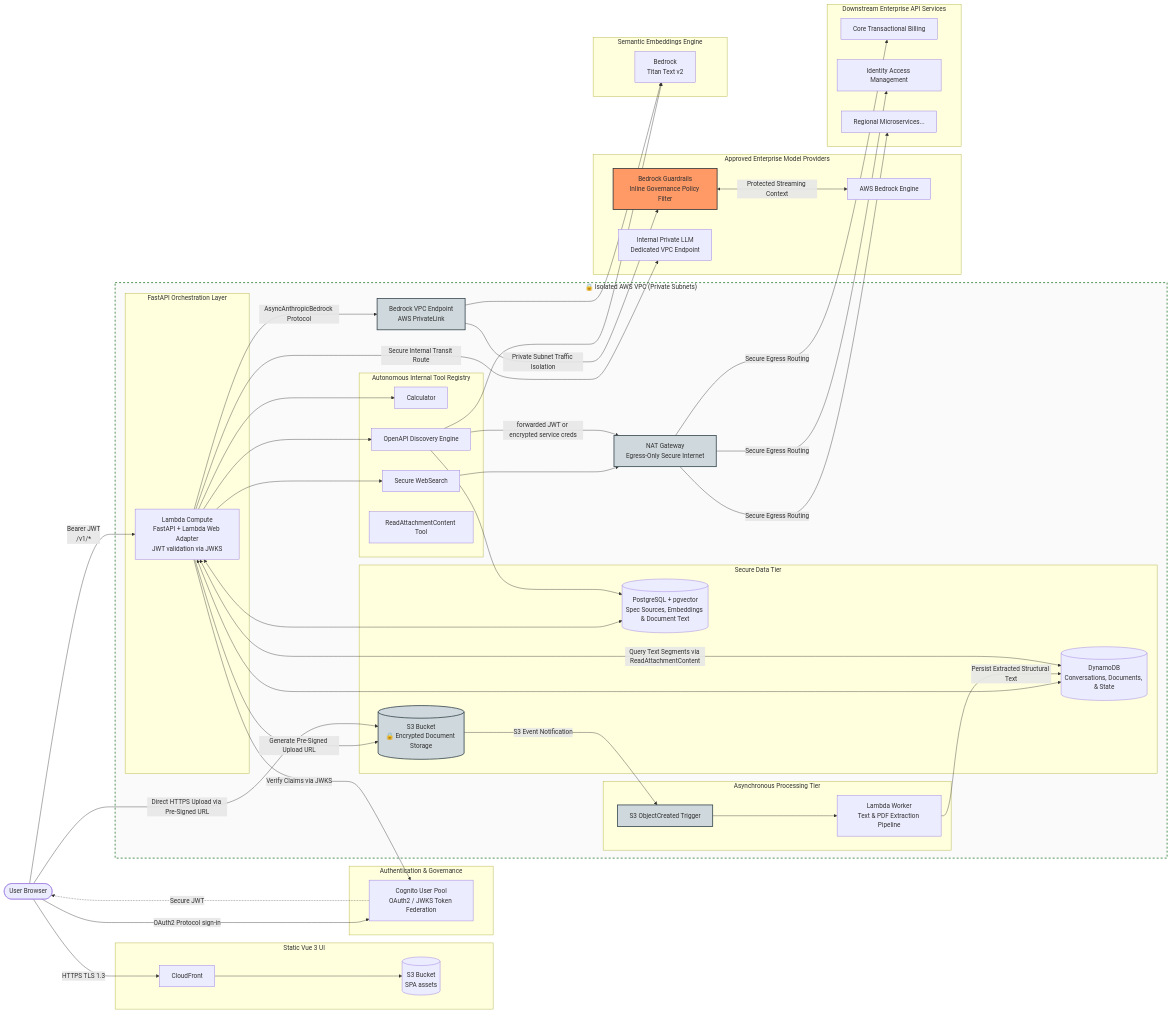
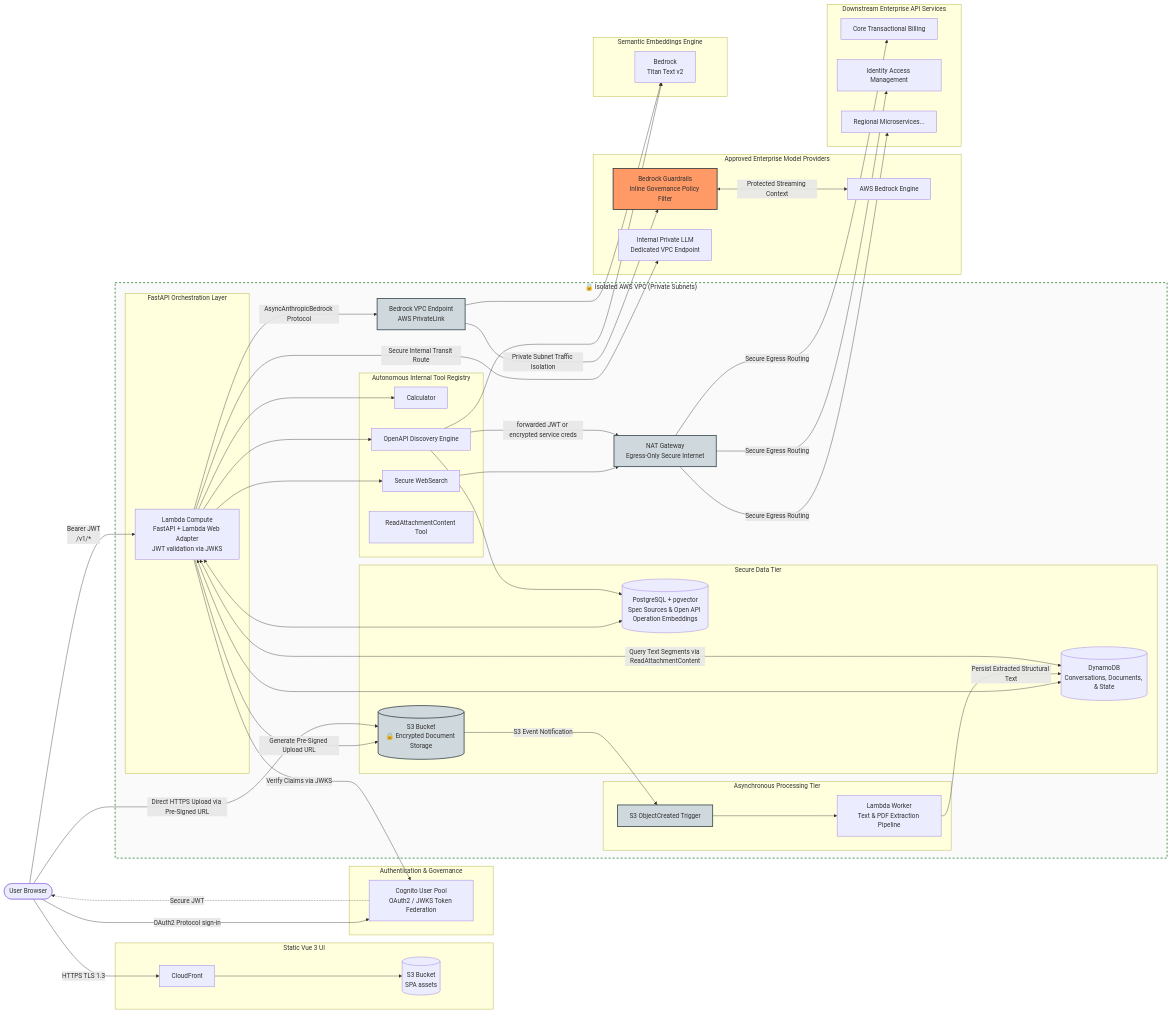
Before and after one commit to derekvasilich/lambda-chat-agent: the diagram in README.md, drawn with Mermaid.

Commit message:
Mermaid updates

```diff
--- a/README.md
+++ b/README.md
@@ -24,7 +24,7 @@
 
         subgraph Data["Secure Data Tier"]
             DDB[(DynamoDB<br/>Conversations, Documents, & State)]
-            PG[(PostgreSQL + pgvector<br/>Spec Sources, Embeddings & Document Text)]
+            PG[(PostgreSQL + pgvector<br/>Spec Sources & Open API Operation Embeddings)]
             S3_Doc[(S3 Bucket<br/>🔒 Encrypted Document Storage)]:::network
         end
 
```
